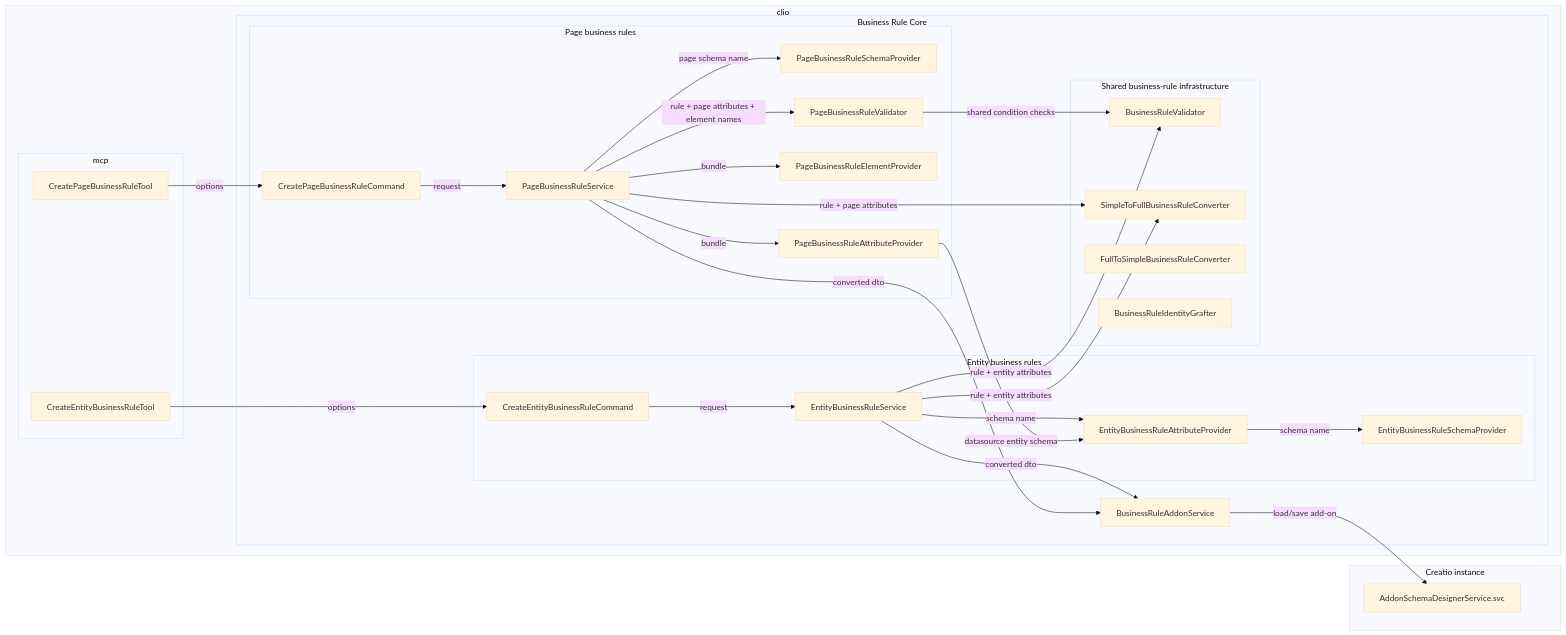
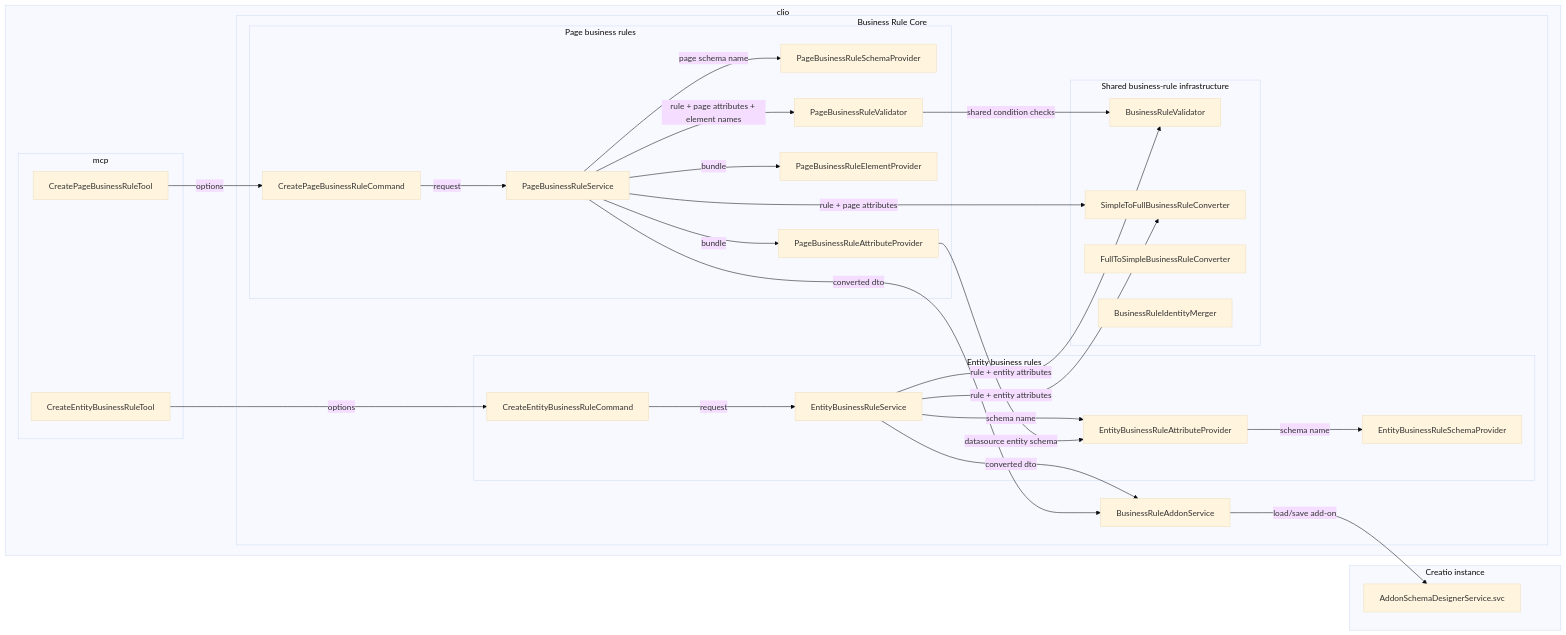
Before and after one commit to Advance-Technologies-Foundation/clio: the diagram in spec/business-rules/business-rules-architecture.md, drawn with Mermaid (base theme). The commit also changed other lines of this file and 12 other files, not shown here.

First line of the commit message:
ENG-92671 Review cleanup: rename stale test, rename identity merger, group converters

````diff
--- a/spec/business-rules/business-rules-architecture.md
+++ b/spec/business-rules/business-rules-architecture.md
@@ -9,61 +9,61 @@
 ```mermaid
 flowchart LR
     subgraph Clio["clio"]
         subgraph MCP["mcp"]
             EntityTool["CreateEntityBusinessRuleTool"]
             PageTool["CreatePageBusinessRuleTool"]
         end
 
         subgraph Core["Business Rule Core"]
             subgraph EntityCore["Entity business rules"]
                 EntityCommand["CreateEntityBusinessRuleCommand"]
                 EntityService["EntityBusinessRuleService"]
                 EntitySchemaProvider["EntityBusinessRuleSchemaProvider"]
                 EntityAttributeProvider["EntityBusinessRuleAttributeProvider"]
             end
 
             subgraph PageCore["Page business rules"]
                 PageCommand["CreatePageBusinessRuleCommand"]
                 PageService["PageBusinessRuleService"]
                 PageSchemaProvider["PageBusinessRuleSchemaProvider"]
                 PageAttributeProvider["PageBusinessRuleAttributeProvider"]
                 PageElementProvider["PageBusinessRuleElementProvider"]
                 PageValidator["PageBusinessRuleValidator"]
             end
 
             subgraph SharedCore["Shared business-rule infrastructure"]
                 Validator["BusinessRuleValidator"]
                 Converter["SimpleToFullBusinessRuleConverter"]
                 Reader["FullToSimpleBusinessRuleConverter"]
-                Grafter["BusinessRuleIdentityGrafter"]
+                Mergeer["BusinessRuleIdentityMerger"]
             end
 
             AddonService["BusinessRuleAddonService"]
         end
     end
 
     subgraph Creatio["Creatio instance"]
         Addon["AddonSchemaDesignerService.svc"]
     end
 
     EntityTool -->|"options"| EntityCommand
     EntityCommand -->|"request"| EntityService
     EntityService -->|"schema name"| EntityAttributeProvider
     EntityAttributeProvider -->|"schema name"| EntitySchemaProvider
     EntityService -->|"rule + entity attributes"| Validator
     EntityService -->|"rule + entity attributes"| Converter
     EntityService -->|"converted dto"| AddonService
 
     PageTool -->|"options"| PageCommand
     PageCommand -->|"request"| PageService
     PageService -->|"page schema name"| PageSchemaProvider
     PageService -->|"bundle"| PageAttributeProvider
     PageAttributeProvider -->|"datasource entity schema"| EntityAttributeProvider
     PageService -->|"bundle"| PageElementProvider
     PageService -->|"rule + page attributes + element names"| PageValidator
     PageValidator -->|"shared condition checks"| Validator
     PageService -->|"rule + page attributes"| Converter
     PageService -->|"converted dto"| AddonService
 
     AddonService -->|"load/save add-on"| Addon
 ```
````
